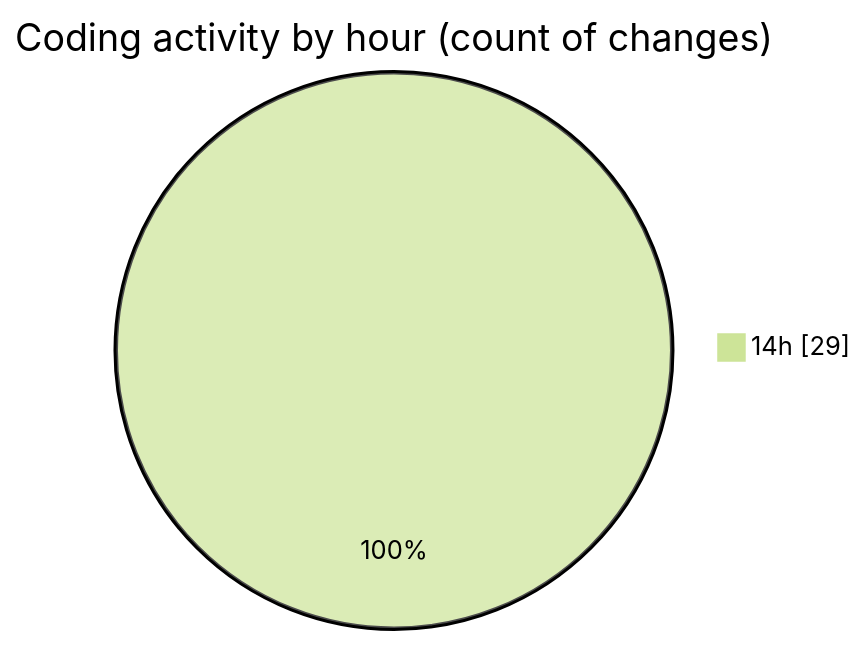
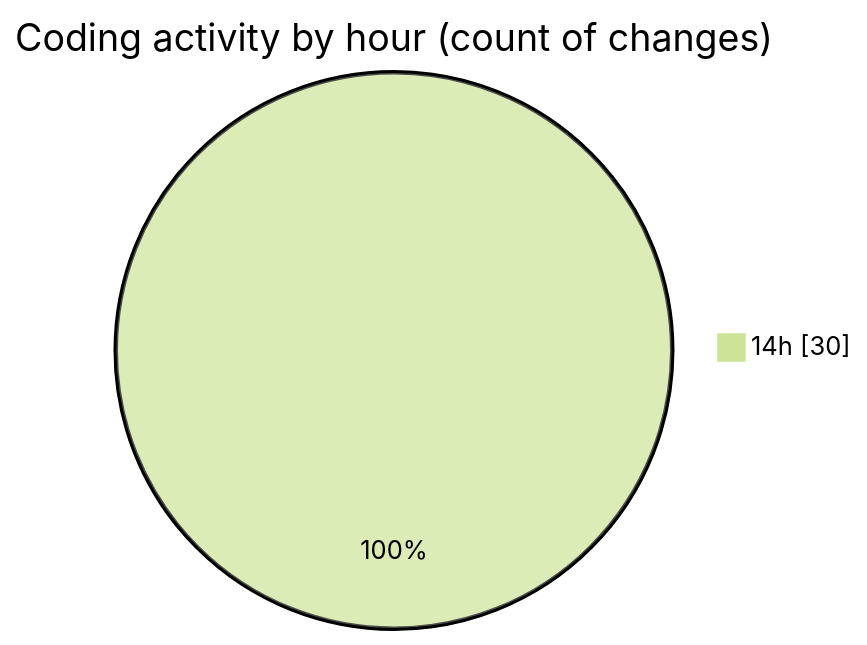
One commit to jadenblack/code-tracking changed the second of 2 diagrams in 2026-03-04/shadcn-admin-kit-main__workspace_/README.md. Above: the diagram before and after it, drawn with Mermaid (forest theme). The commit also changed other lines of this file and 1 other file, not shown here.

````diff
--- a/2026-03-04/shadcn-admin-kit-main__workspace_/README.md
+++ b/2026-03-04/shadcn-admin-kit-main__workspace_/README.md
@@ -49,5 +51,5 @@
 ```mermaid
 pie showData
 title Coding activity by hour (count of changes)
-"14h" : 29
+"14h" : 30
 ```
````
